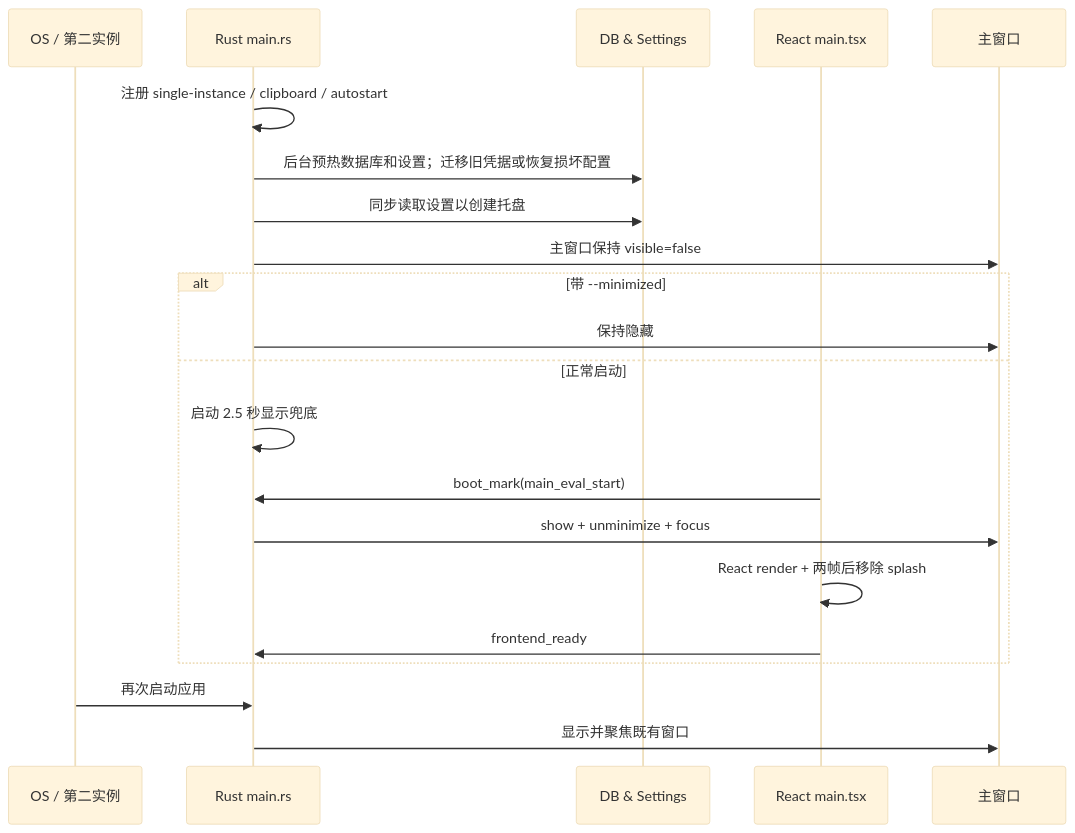
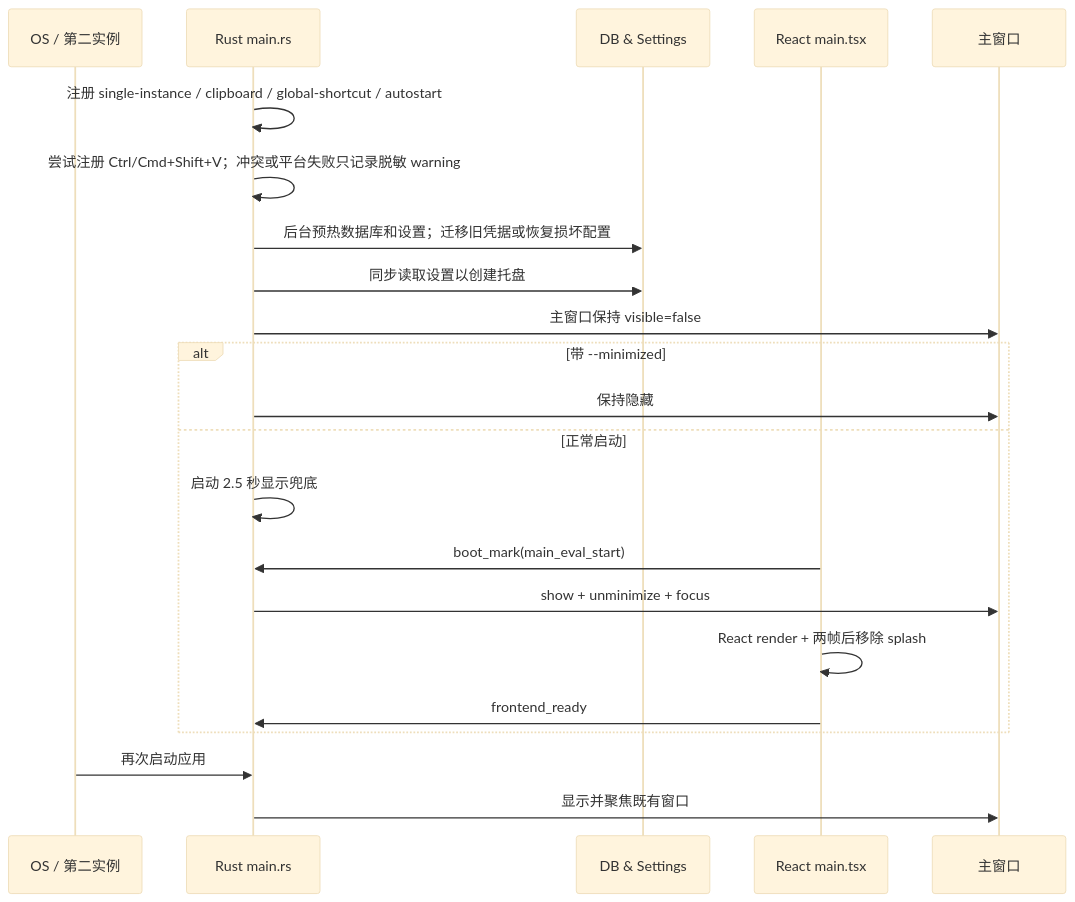
One commit to rainerosion/snipvault changed the second of 7 diagrams in docs/architecture.md. Above: the diagram before and after it, drawn with Mermaid (base theme). The commit also changed other lines of this file and 35 other files, not shown here.

````diff
--- a/docs/architecture.md
+++ b/docs/architecture.md
@@ -251,24 +265,25 @@
 ```mermaid
 sequenceDiagram
     participant OS as OS / 第二实例
     participant Main as Rust main.rs
     participant DB as DB & Settings
     participant Web as React main.tsx
     participant Win as 主窗口
 
-    Main->>Main: 注册 single-instance / clipboard / autostart
+    Main->>Main: 注册 single-instance / clipboard / global-shortcut / autostart
+    Main->>Main: 尝试注册 Ctrl/Cmd+Shift+V；冲突或平台失败只记录脱敏 warning
     Main->>DB: 后台预热数据库和设置；迁移旧凭据或恢复损坏配置
     Main->>DB: 同步读取设置以创建托盘
     Main->>Win: 主窗口保持 visible=false
     alt 带 --minimized
         Main->>Win: 保持隐藏
     else 正常启动
         Main->>Main: 启动 2.5 秒显示兜底
         Web->>Main: boot_mark(main_eval_start)
         Main->>Win: show + unminimize + focus
         Web->>Web: React render + 两帧后移除 splash
         Web->>Main: frontend_ready
     end
     OS->>Main: 再次启动应用
     Main->>Win: 显示并聚焦既有窗口
 ```
````
